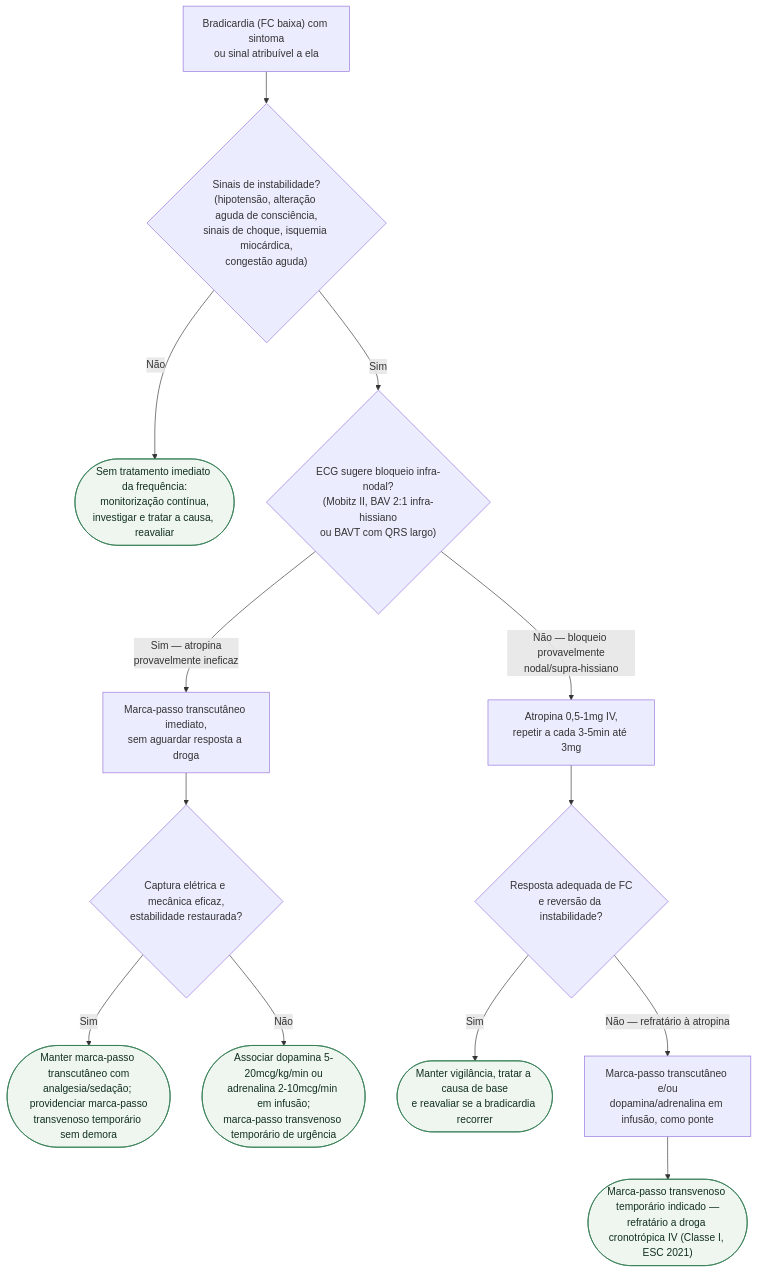
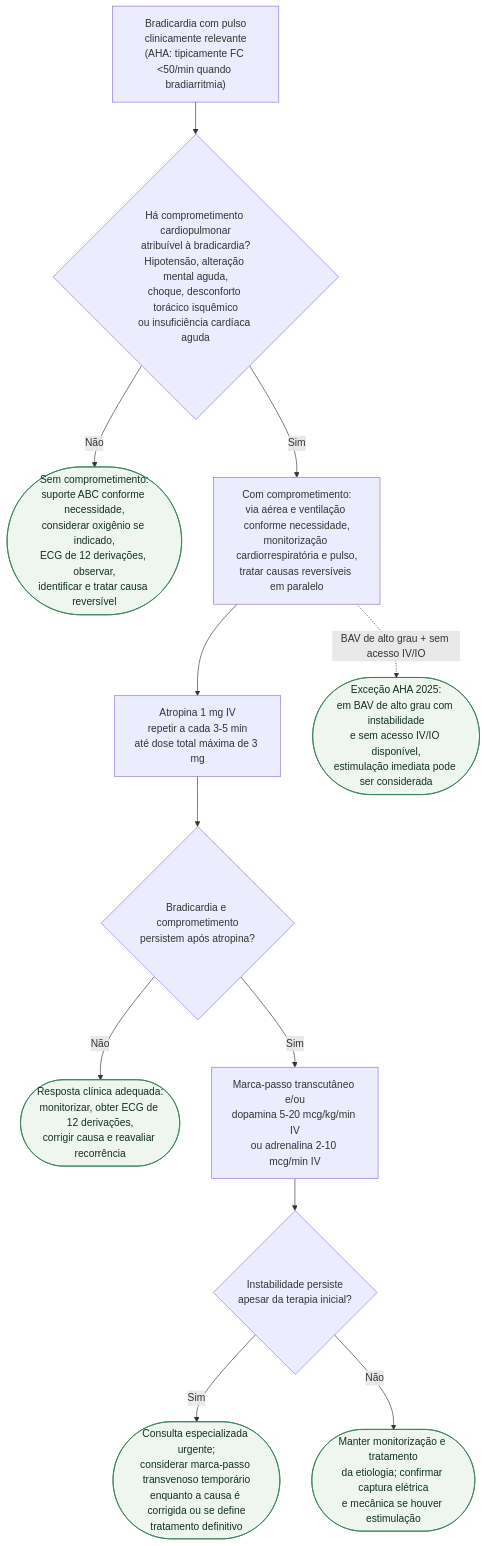
The diagram in content/Arritmias/fluxograma-bradicardia-sintomatica-manejo-agudo.md (rafaelpaesmeirelles/MeuCardio), drawn with Mermaid before and after one commit. The commit also changed other lines of this file, not shown here.

Commit message:
fix(science): atualizar bradicardia aguda para AHA 2025

````diff
--- a/content/Arritmias/fluxograma-bradicardia-sintomatica-manejo-agudo.md
+++ b/content/Arritmias/fluxograma-bradicardia-sintomatica-manejo-agudo.md
@@ -23,32 +19,30 @@
 ```mermaid
 flowchart TD
-  R0["Bradicardia (FC baixa) com sintoma<br/>ou sinal atribuível a ela"]
-  D1{"Sinais de instabilidade?<br/>(hipotensão, alteração aguda de consciência,<br/>sinais de choque, isquemia miocárdica,<br/>congestão aguda)"}
-  C1(["Sem tratamento imediato da frequência:<br/>monitorização contínua,<br/>investigar e tratar a causa, reavaliar"])
-  D2{"ECG sugere bloqueio infra-nodal?<br/>(Mobitz II, BAV 2:1 infra-hissiano<br/>ou BAVT com QRS largo)"}
-  P1["Marca-passo transcutâneo imediato,<br/>sem aguardar resposta a droga"]
-  D3{"Captura elétrica e mecânica eficaz,<br/>estabilidade restaurada?"}
-  C2(["Manter marca-passo transcutâneo com<br/>analgesia/sedação; providenciar marca-passo<br/>transvenoso temporário sem demora"])
-  C3(["Associar dopamina 5-20mcg/kg/min ou<br/>adrenalina 2-10mcg/min em infusão;<br/>marca-passo transvenoso temporário de urgência"])
-  P2["Atropina 0,5-1mg IV,<br/>repetir a cada 3-5min até 3mg"]
-  D4{"Resposta adequada de FC<br/>e reversão da instabilidade?"}
-  C4(["Manter vigilância, tratar a causa de base<br/>e reavaliar se a bradicardia recorrer"])
-  P3["Marca-passo transcutâneo e/ou<br/>dopamina/adrenalina em infusão, como ponte"]
-  C5(["Marca-passo transvenoso temporário indicado —<br/>refratário a droga cronotrópica IV (Classe I, ESC 2021)"])
+  R0["Bradicardia com pulso<br/>clinicamente relevante<br/>(AHA: tipicamente FC <50/min quando bradiarritmia)"]
+  D1{"Há comprometimento cardiopulmonar<br/>atribuível à bradicardia?<br/>Hipotensão, alteração mental aguda,<br/>choque, desconforto torácico isquêmico<br/>ou insuficiência cardíaca aguda"}
+  S0(["Sem comprometimento:<br/>suporte ABC conforme necessidade,<br/>considerar oxigênio se indicado,<br/>ECG de 12 derivações, observar,<br/>identificar e tratar causa reversível"])
+  S1["Com comprometimento:<br/>via aérea e ventilação conforme necessidade,<br/>monitorização cardiorrespiratória e pulso,<br/>tratar causas reversíveis em paralelo"]
+  A1["Atropina 1 mg IV<br/>repetir a cada 3-5 min<br/>até dose total máxima de 3 mg"]
+  D2{"Bradicardia e comprometimento<br/>persistem após atropina?"}
+  S2(["Resposta clínica adequada:<br/>monitorizar, obter ECG de 12 derivações,<br/>corrigir causa e reavaliar recorrência"])
+  E1["Marca-passo transcutâneo e/ou<br/>dopamina 5-20 mcg/kg/min IV<br/>ou adrenalina 2-10 mcg/min IV"]
+  D3{"Instabilidade persiste<br/>apesar da terapia inicial?"}
+  S3(["Consulta especializada urgente;<br/>considerar marca-passo transvenoso temporário<br/>enquanto a causa é corrigida ou se define<br/>tratamento definitivo"])
+  S4(["Manter monitorização e tratamento<br/>da etiologia; confirmar captura elétrica<br/>e mecânica se houver estimulação"])
+  H1(["Exceção AHA 2025:<br/>em BAV de alto grau com instabilidade<br/>e sem acesso IV/IO disponível,<br/>estimulação imediata pode ser considerada"])
 
   R0 --> D1
-  D1 -->|"Não"| C1
-  D1 -->|"Sim"| D2
-  D2 -->|"Sim — atropina<br/>provavelmente ineficaz"| P1
-  P1 --> D3
-  D3 -->|"Sim"| C2
-  D3 -->|"Não"| C3
-  D2 -->|"Não — bloqueio provavelmente<br/>nodal/supra-hissiano"| P2
-  P2 --> D4
-  D4 -->|"Sim"| C4
-  D4 -->|"Não — refratário à atropina"| P3
-  P3 --> C5
+  D1 -->|"Não"| S0
+  D1 -->|"Sim"| S1
+  S1 --> A1
+  A1 --> D2
+  D2 -->|"Não"| S2
+  D2 -->|"Sim"| E1
+  E1 --> D3
+  D3 -->|"Sim"| S3
+  D3 -->|"Não"| S4
+  S1 -. "BAV de alto grau + sem acesso IV/IO" .-> H1
 
   classDef conduta fill:#eef6ef,stroke:#2f7a4f,color:#12301f;
-  class C1,C2,C3,C4,C5 conduta;
+  class S0,S2,S3,S4,H1 conduta;
 ```
````
